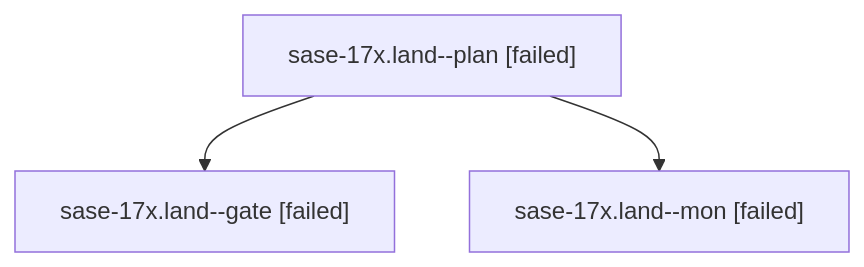
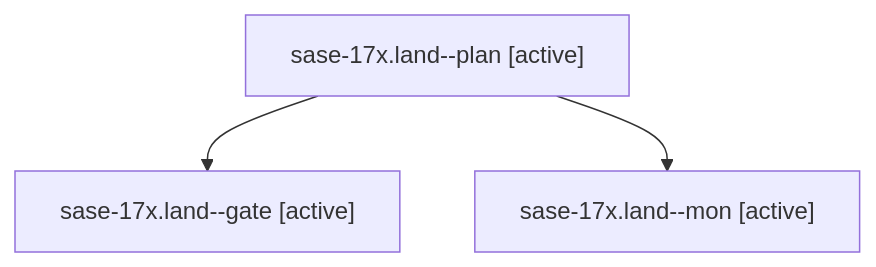
Before and after one commit to sase-org/sase--agents: the diagram in families/bbugyi200.athena.sase-17x.land.md, drawn with Mermaid. The commit also changed other lines of this file and 35830 other files, not shown here.

````diff
--- a/families/bbugyi200.athena.sase-17x.land.md
+++ b/families/bbugyi200.athena.sase-17x.land.md
@@ -9,8 +9,8 @@
 ```mermaid
 flowchart TD
-  n0["sase-17x.land--plan [failed]"]
-  n1["sase-17x.land--gate [failed]"]
+  n0["sase-17x.land--plan [active]"]
+  n1["sase-17x.land--gate [active]"]
   n0 --> n1
-  n2["sase-17x.land--mon [failed]"]
+  n2["sase-17x.land--mon [active]"]
   n0 --> n2
 ```
````
